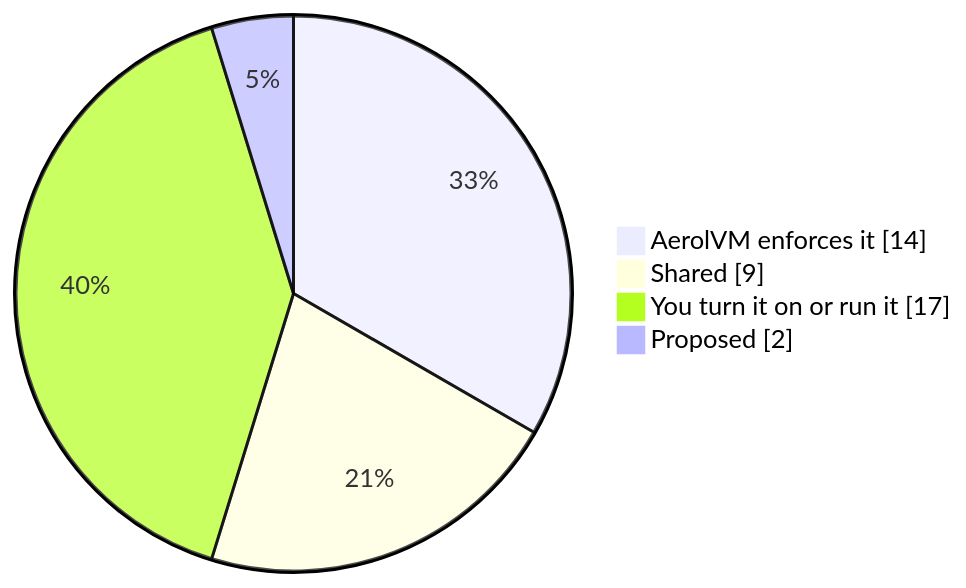
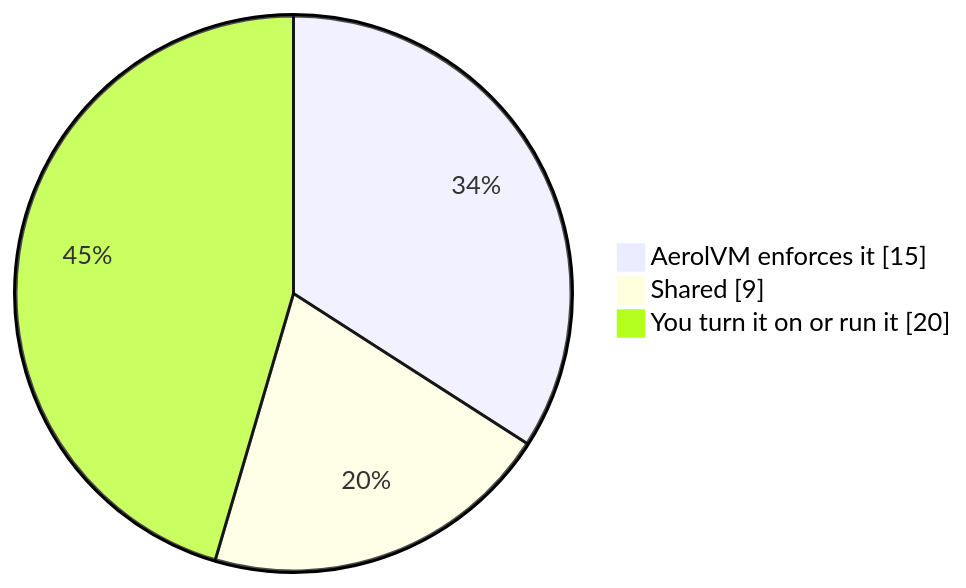
Before and after one commit to aerol-ai/microvm: the fourth of 4 diagrams in docs/src/content/docs/enterprise/security-controls.mdx, drawn with Mermaid. The commit also changed other lines of this file and 15 other files, not shown here.

````diff
--- a/docs/src/content/docs/enterprise/security-controls.mdx
+++ b/docs/src/content/docs/enterprise/security-controls.mdx
@@ -150,7 +152,6 @@
 ```mermaid
 pie showData
-    "AerolVM enforces it" : 14
+    "AerolVM enforces it" : 15
     "Shared" : 9
-    "You turn it on or run it" : 17
-    "Proposed" : 2
+    "You turn it on or run it" : 20
 ```
````
